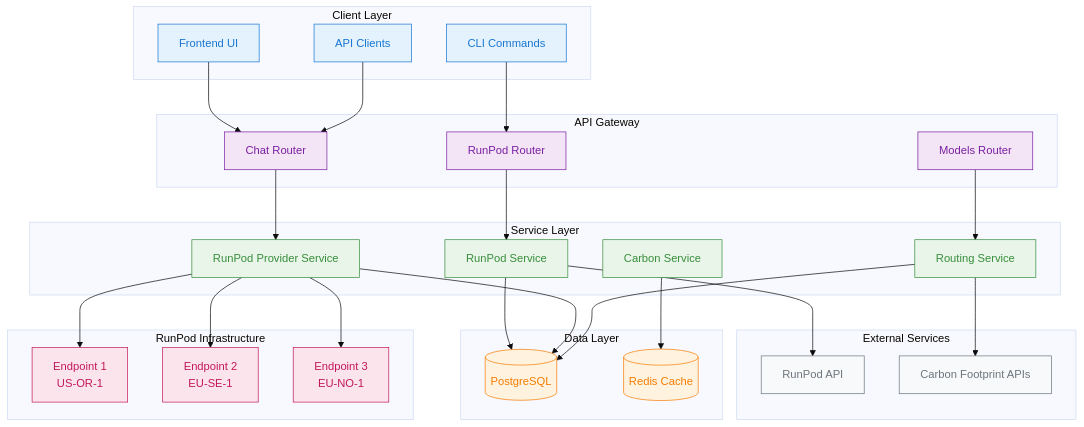
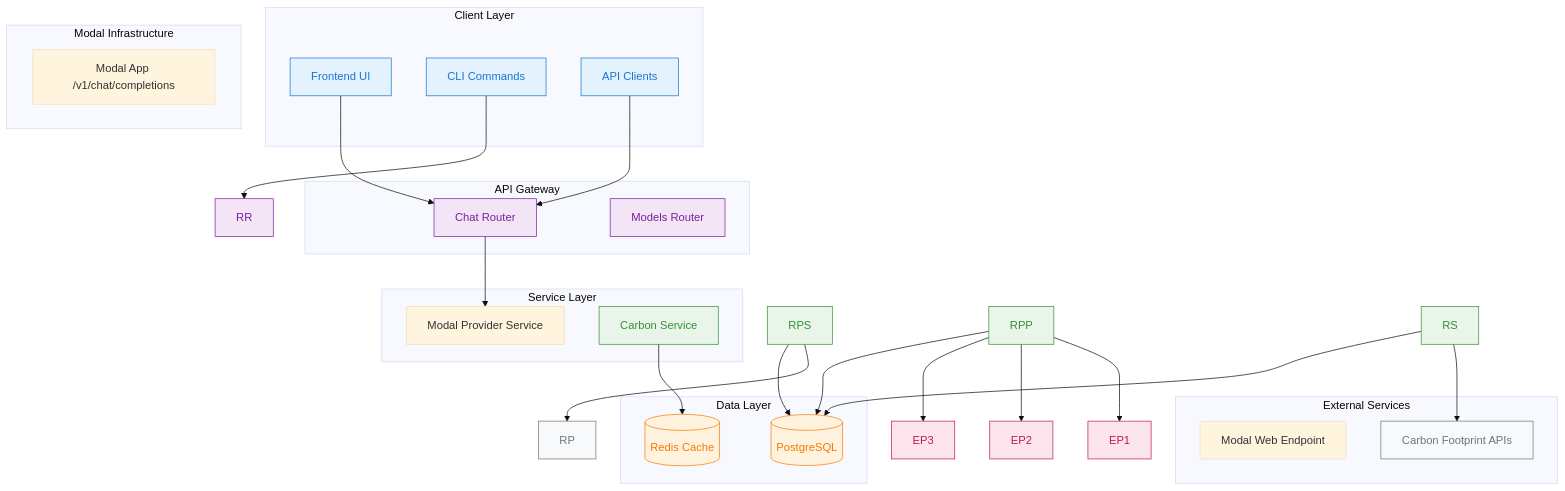
One commit to cavaloni/portfolio-new changed the fifth of 5 diagrams in carbon-aware-llm-proxy/ENDPOINT_DISCOVERY_FLOW.md. Above: the diagram before and after it, drawn with Mermaid (base theme). The commit also changed other lines of this file and 54 other files, not shown here.

````diff
--- a/carbon-aware-llm-proxy/ENDPOINT_DISCOVERY_FLOW.md
+++ b/carbon-aware-llm-proxy/ENDPOINT_DISCOVERY_FLOW.md
@@ -242,78 +246,71 @@
 ```mermaid
 graph TB
     %% External Systems
     subgraph "External Services"
-        RP[RunPod API]
+        MODAL[Modal Web Endpoint]
         CF[Carbon Footprint APIs]
     end
     
     %% Client Layer
     subgraph "Client Layer"
         UI[Frontend UI]
         CLI[CLI Commands]
         API[API Clients]
     end
     
     %% API Gateway
     subgraph "API Gateway"
         CR[Chat Router]
-        RR[RunPod Router]
         MR[Models Router]
     end
     
     %% Service Layer
     subgraph "Service Layer"
-        RPS[RunPod Service]
-        RPP[RunPod Provider Service]
-        RS[Routing Service]
+        MPP[Modal Provider Service]
         CS[Carbon Service]
     end
     
     %% Data Layer
     subgraph "Data Layer"
         DB[(PostgreSQL)]
         Redis[(Redis Cache)]
     end
     
     %% RunPod Infrastructure
-    subgraph "RunPod Infrastructure"
-        EP1[Endpoint 1<br/>US-OR-1]
-        EP2[Endpoint 2<br/>EU-SE-1]
-        EP3[Endpoint 3<br/>EU-NO-1]
+    subgraph "Modal Infrastructure"
+        EP[Modal App /v1/chat/completions]
     end
     
     %% Connections
     UI --> CR
     CLI --> RR
     API --> CR
     
-    CR --> RPP
-    RR --> RPS
-    MR --> RS
+    CR --> MPP
     
     RPS --> RP
     RPP --> EP1
     RPP --> EP2
     RPP --> EP3
     RS --> CF
     
     RPS --> DB
     RPP --> DB
     RS --> DB
     CS --> Redis
     
     %% Styling
     classDef external fill:#f8f9fa,stroke:#6c757d,color:#6c757d
     classDef client fill:#e3f2fd,stroke:#1976d2,color:#1976d2
     classDef gateway fill:#f3e5f5,stroke:#7b1fa2,color:#7b1fa2
     classDef service fill:#e8f5e8,stroke:#388e3c,color:#388e3c
     classDef data fill:#fff3e0,stroke:#f57c00,color:#f57c00
     classDef infrastructure fill:#fce4ec,stroke:#c2185b,color:#c2185b
     
     class RP,CF external
     class UI,CLI,API client
     class CR,RR,MR gateway
     class RPS,RPP,RS,CS service
     class DB,Redis data
     class EP1,EP2,EP3 infrastructure
 ```
````
